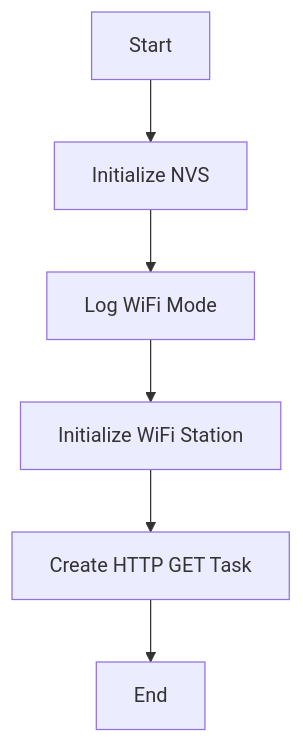
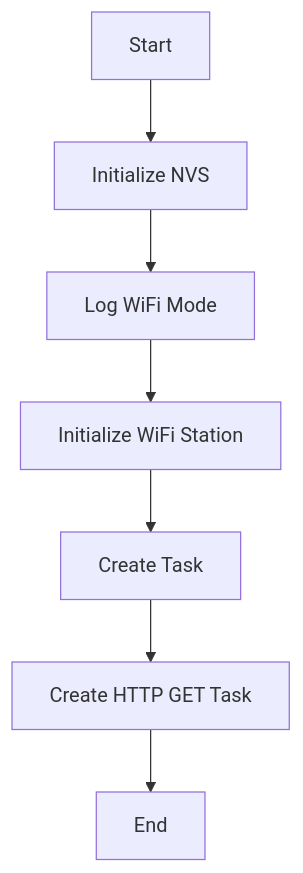
Before and after one commit to hazem3443/OTA: the first of 2 diagrams in README.md, drawn with Mermaid. The commit also changed other lines of this file, not shown here.

Commit message:
Added task creation to mermaid diagram and added WiFi-ESP32 connection sequence diagram

````diff
--- a/README.md
+++ b/README.md
@@ -27,8 +27,9 @@
 ```mermaid
 graph TD;
     A[Start] --> B[Initialize NVS];
     B --> C[Log WiFi Mode];
     C --> D[Initialize WiFi Station];
-    D --> E[Create HTTP GET Task];
-    E --> F[End];
+    D --> E[Create Task];
+    E --> F[Create HTTP GET Task];
+    F --> G[End];
 ```
````
